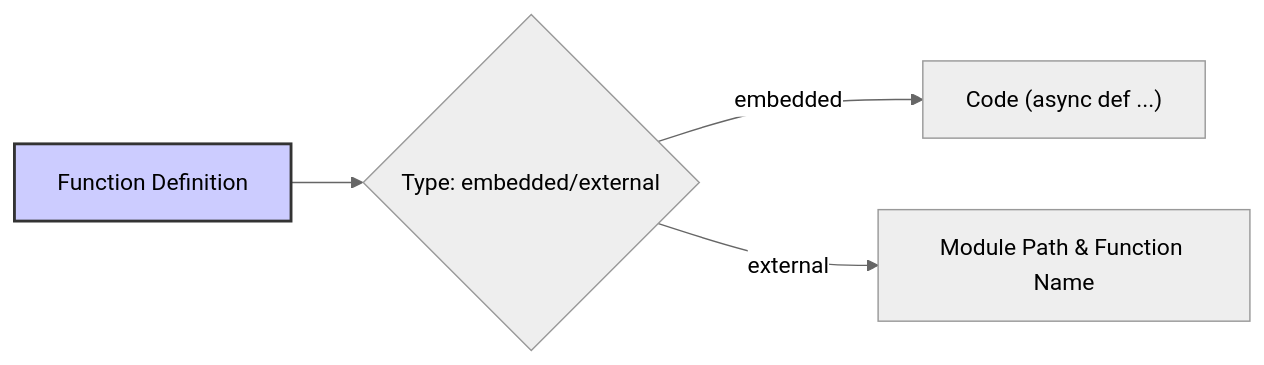
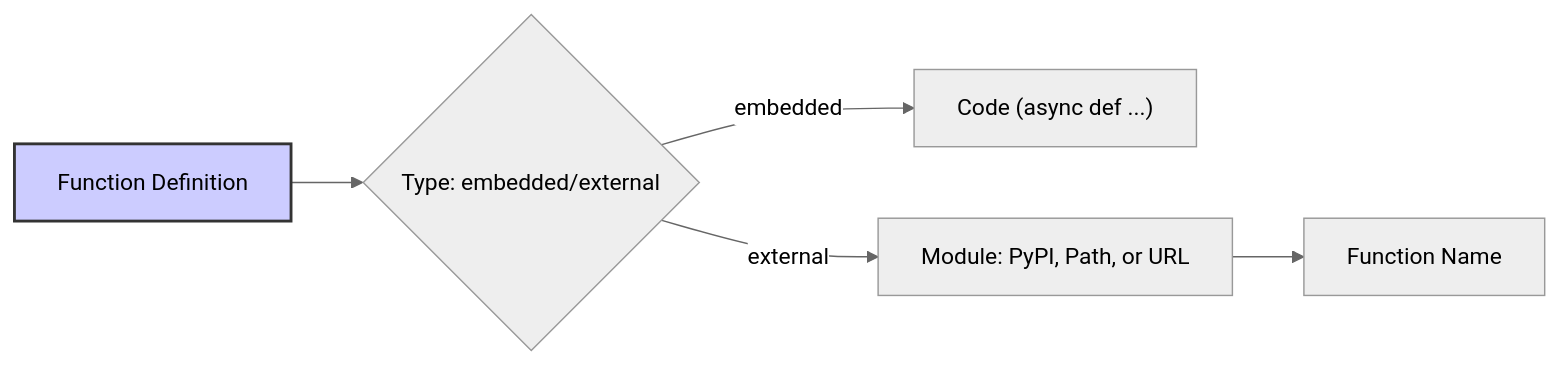
The second of 6 diagrams in quantalogic/flow/flow_yaml.md (quantalogic/quantalogic), drawn with Mermaid (neutral theme) before and after one commit. The commit also changed other lines of this file and 3 other files, not shown here.

````diff
--- a/quantalogic/flow/flow_yaml.md
+++ b/quantalogic/flow/flow_yaml.md
@@ -83,7 +110,8 @@
 ```mermaid
 graph LR
     A[Function Definition] --> B{Type: embedded/external};
     B -- embedded --> C["Code (async def ...)"];
-    B -- external --> D[Module Path & Function Name];
+    B -- external --> D[Module: PyPI, Path, or URL];
+    D --> E[Function Name];
     style A fill:#ccf,stroke:#333,stroke-width:2px
 ```
````
